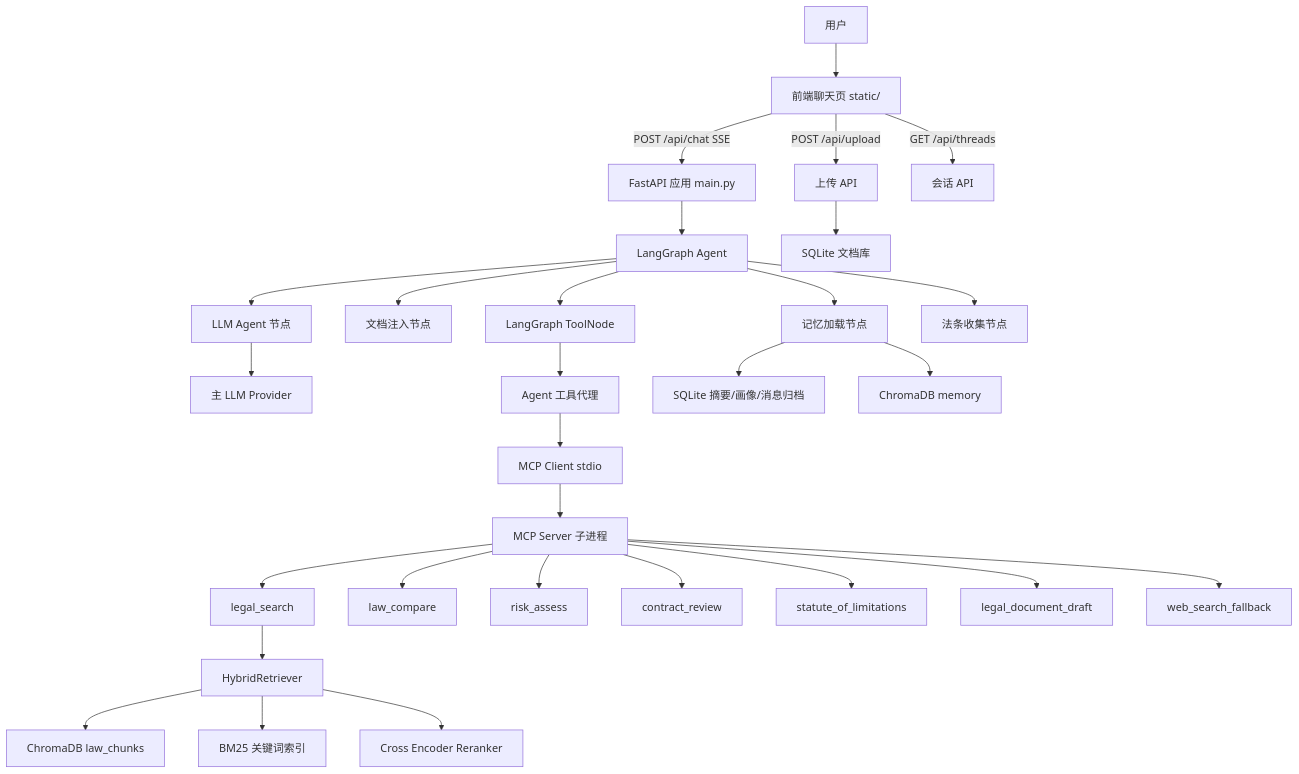
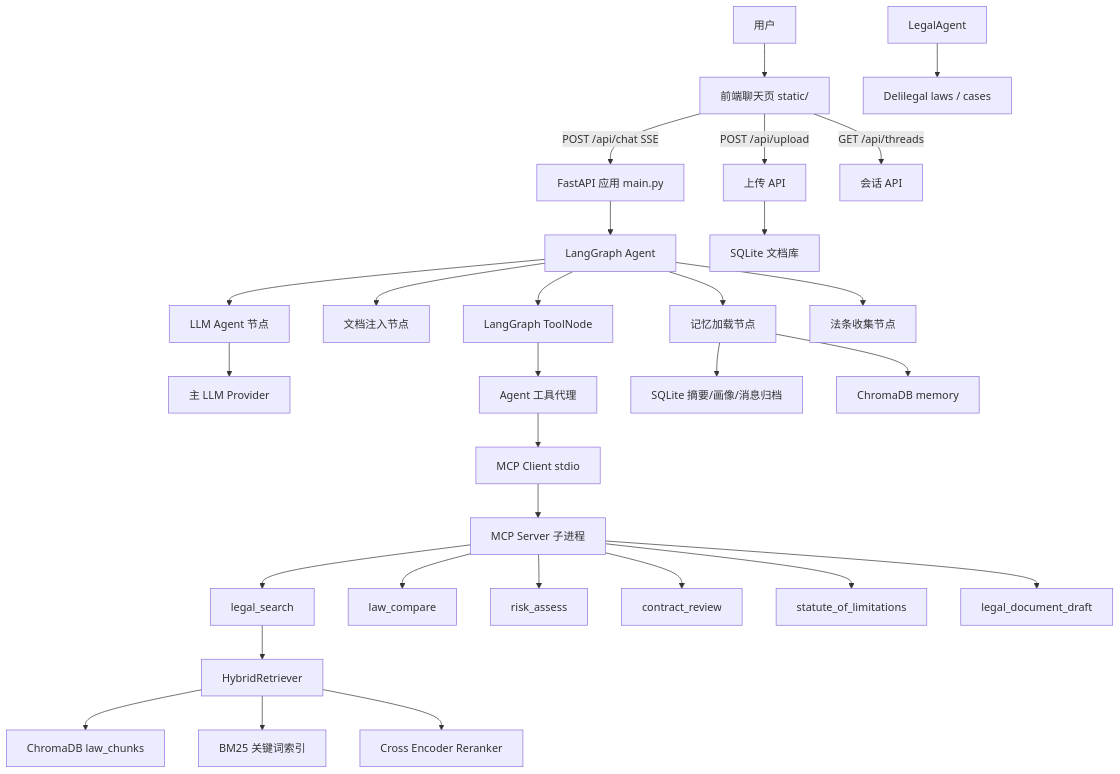
One commit to uuo00n/lexcore-legal-agent changed the first of 8 diagrams in docs/report/project-report.md. Above: the diagram before and after it, drawn with Mermaid. The commit also changed other lines of this file and 46 other files, not shown here.

````diff
--- a/docs/report/project-report.md
+++ b/docs/report/project-report.md
@@ -192,36 +192,36 @@
 ```mermaid
 flowchart TB
   User["用户"] --> Browser["前端聊天页 static/"]
   Browser -->|POST /api/chat SSE| FastAPI["FastAPI 应用 main.py"]
   Browser -->|POST /api/upload| UploadAPI["上传 API"]
   Browser -->|GET /api/threads| ThreadAPI["会话 API"]
 
   FastAPI --> Graph["LangGraph Agent"]
   Graph --> MemoryNode["记忆加载节点"]
   Graph --> DocNode["文档注入节点"]
   Graph --> AgentNode["LLM Agent 节点"]
   Graph --> ToolNode["LangGraph ToolNode"]
   Graph --> CollectLaws["法条收集节点"]
 
   AgentNode --> LLM["主 LLM Provider"]
   ToolNode --> AgentTools["Agent 工具代理"]
   AgentTools --> MCPClient["MCP Client stdio"]
   MCPClient --> MCPServer["MCP Server 子进程"]
 
   MCPServer --> LegalSearch["legal_search"]
   MCPServer --> Compare["law_compare"]
   MCPServer --> Risk["risk_assess"]
   MCPServer --> Review["contract_review"]
   MCPServer --> Limitations["statute_of_limitations"]
   MCPServer --> Draft["legal_document_draft"]
-  MCPServer --> WebSearch["web_search_fallback"]
+  LegalAgent --> Delilegal["Delilegal laws / cases"]
 
   LegalSearch --> Retriever["HybridRetriever"]
   Retriever --> VectorDB["ChromaDB law_chunks"]
   Retriever --> BM25["BM25 关键词索引"]
   Retriever --> Reranker["Cross Encoder Reranker"]
 
   MemoryNode --> MemorySQLite["SQLite 摘要/画像/消息归档"]
   MemoryNode --> MemoryVector["ChromaDB memory"]
   UploadAPI --> DocStore["SQLite 文档库"]
 ```
````
